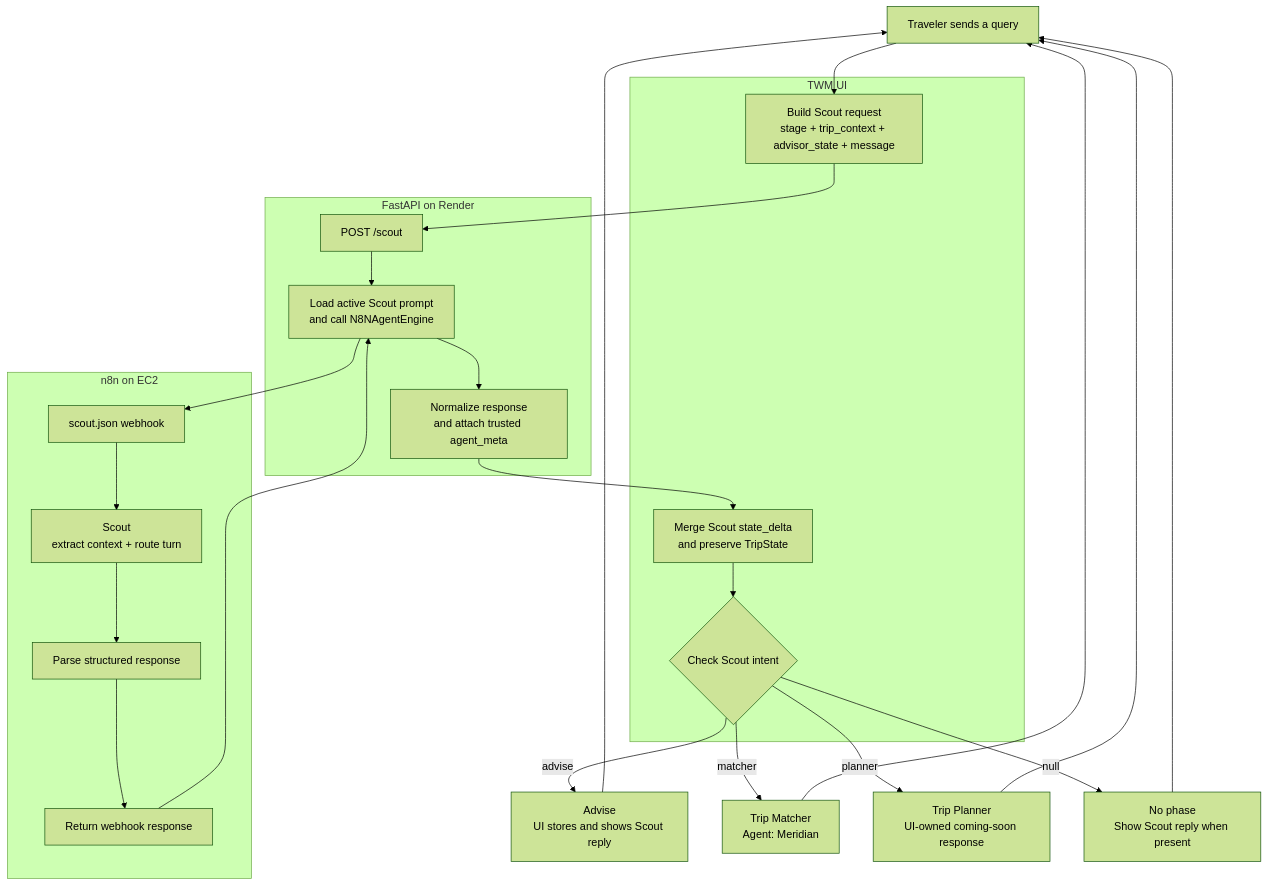
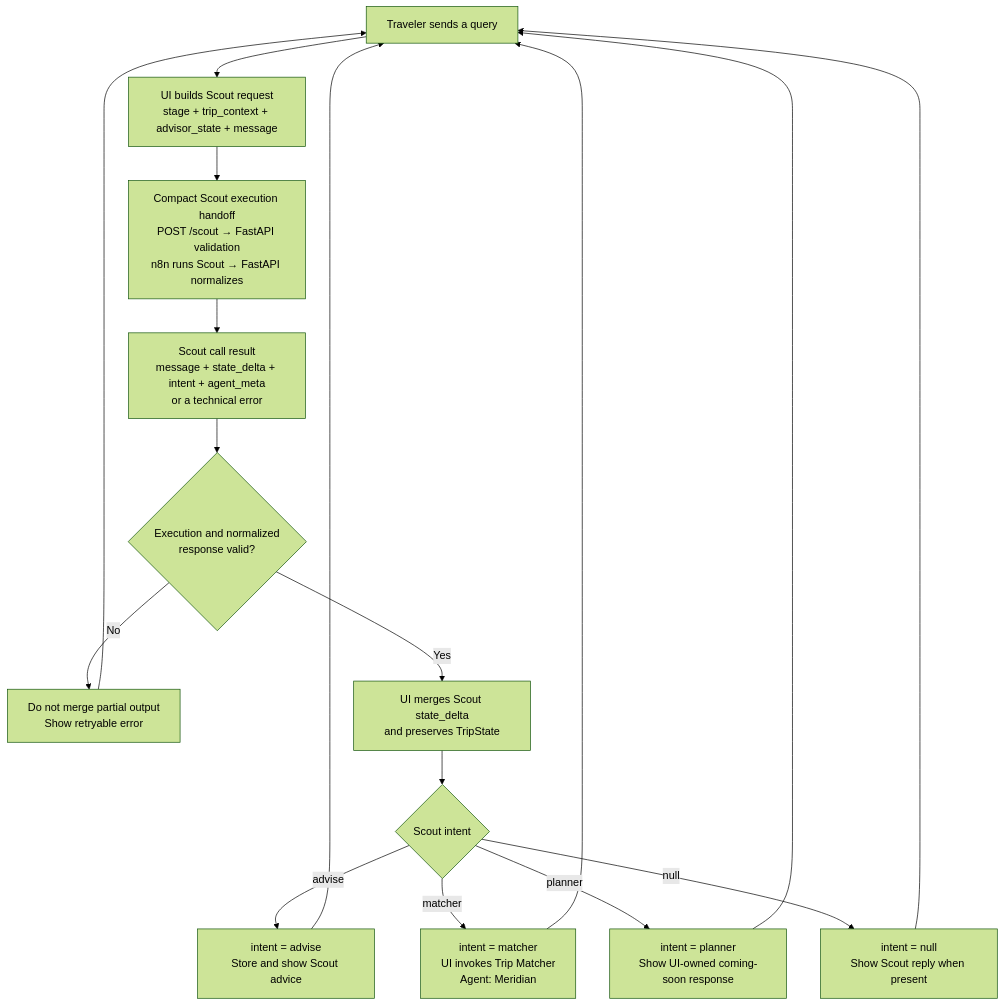
One commit to agarwalnaina1496/TWM_Docs changed the first of 2 diagrams in README.md. Above: the diagram before and after it, drawn with Mermaid (forest theme).

Commit message:
Refocus TWM flow diagram on routing outcomes (TWM-29)

````diff
--- a/README.md
+++ b/README.md
@@ -7,40 +7,26 @@
 ```mermaid
 flowchart TB
     User["Traveler sends a query"]
+    Build["UI builds Scout request<br/>stage + trip_context + advisor_state + message"]
+    Handoff["Compact Scout execution handoff<br/>POST /scout → FastAPI validation<br/>n8n runs Scout → FastAPI normalizes"]
+    Result["Scout call result<br/>message + state_delta + intent + agent_meta<br/>or a technical error"]
 
-    subgraph UI["TWM UI"]
-        Build["Build Scout request<br/>stage + trip_context + advisor_state + message"]
-        Merge["Merge Scout state_delta<br/>and preserve TripState"]
-        Intent{"Check Scout intent"}
-    end
+    Valid{"Execution and normalized<br/>response valid?"}
+    Retry["Do not merge partial output<br/>Show retryable error"]
+    Merge["UI merges Scout state_delta<br/>and preserves TripState"]
+    Intent{"Scout intent"}
 
-    subgraph API["FastAPI on Render"]
-        ScoutAPI["POST /scout"]
-        ScoutEngine["Load active Scout prompt<br/>and call N8NAgentEngine"]
-        Normalize["Normalize response<br/>and attach trusted agent_meta"]
-    end
+    Advice["intent = advise<br/>Store and show Scout advice"]
+    Matcher["intent = matcher<br/>UI invokes Trip Matcher<br/>Agent: Meridian"]
+    Planner["intent = planner<br/>Show UI-owned coming-soon response"]
+    Direct["intent = null<br/>Show Scout reply when present"]
 
-    subgraph Runtime["n8n on EC2"]
-        ScoutWorkflow["scout.json webhook"]
-        ScoutAgent["Scout<br/>extract context + route turn"]
-        ScoutParser["Parse structured response"]
-        ScoutReply["Return webhook response"]
-
-        ScoutWorkflow --> ScoutAgent --> ScoutParser --> ScoutReply
-    end
-
-    Advice["Advise<br/>UI stores and shows Scout reply"]
-    Matcher["Trip Matcher<br/>Agent: Meridian"]
-    Planner["Trip Planner<br/>UI-owned coming-soon response"]
-    Direct["No phase<br/>Show Scout reply when present"]
-
-    User --> Build --> ScoutAPI
-    ScoutAPI --> ScoutEngine --> ScoutWorkflow
-    ScoutReply --> ScoutEngine
-    ScoutEngine --> Normalize --> Merge --> Intent
+    User --> Build --> Handoff --> Result --> Valid
+    Valid -->|No| Retry --> User
+    Valid -->|Yes| Merge --> Intent
 
     Intent -->|advise| Advice --> User
     Intent -->|matcher| Matcher --> User
     Intent -->|planner| Planner --> User
     Intent -->|null| Direct --> User
 ```
````
